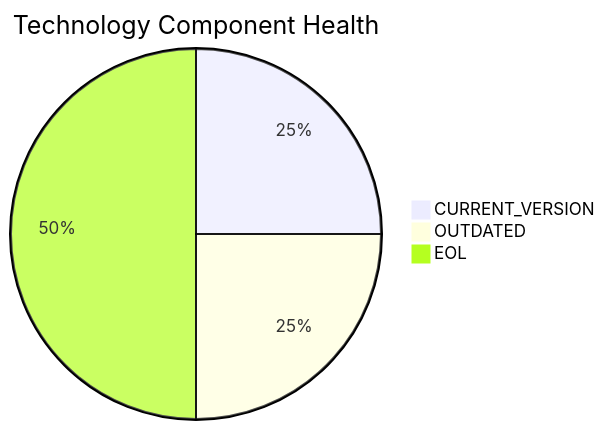
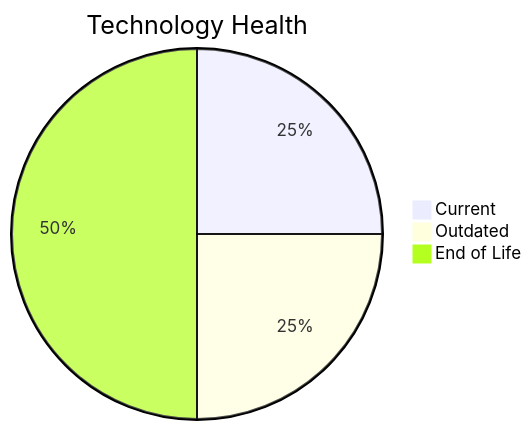
One commit to ktruchcz/copilot-test-ktruchcz changed the diagram in discover/output/reports/apps/app008.md. Above: the diagram before and after it, drawn with Mermaid. The commit also changed other lines of this file and 227 other files, not shown here.

````diff
--- a/discover/output/reports/apps/app008.md
+++ b/discover/output/reports/apps/app008.md
@@ -38,6 +32,6 @@
 ```mermaid
-pie title Technology Component Health
-    "CURRENT_VERSION" : 1
-    "OUTDATED" : 1
-    "EOL" : 2
+pie title Technology Health
+    "Current" : 1
+    "Outdated" : 1
+    "End of Life" : 2
 ```
````
